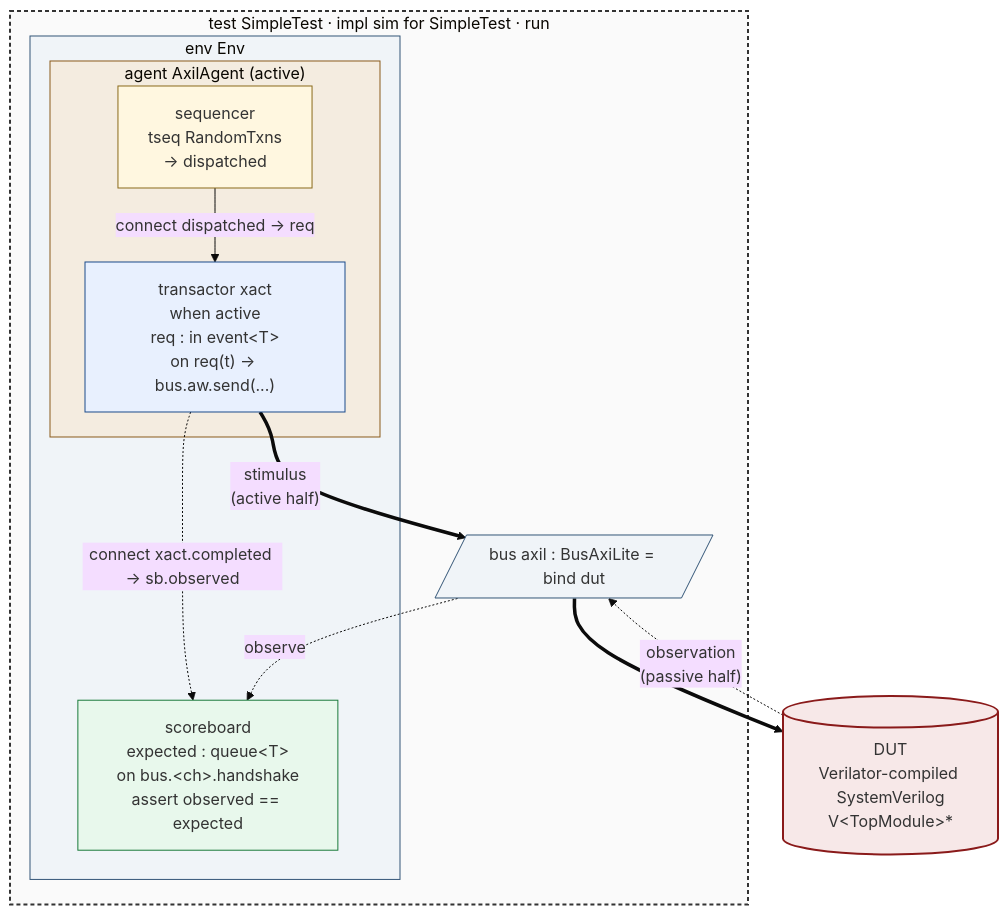
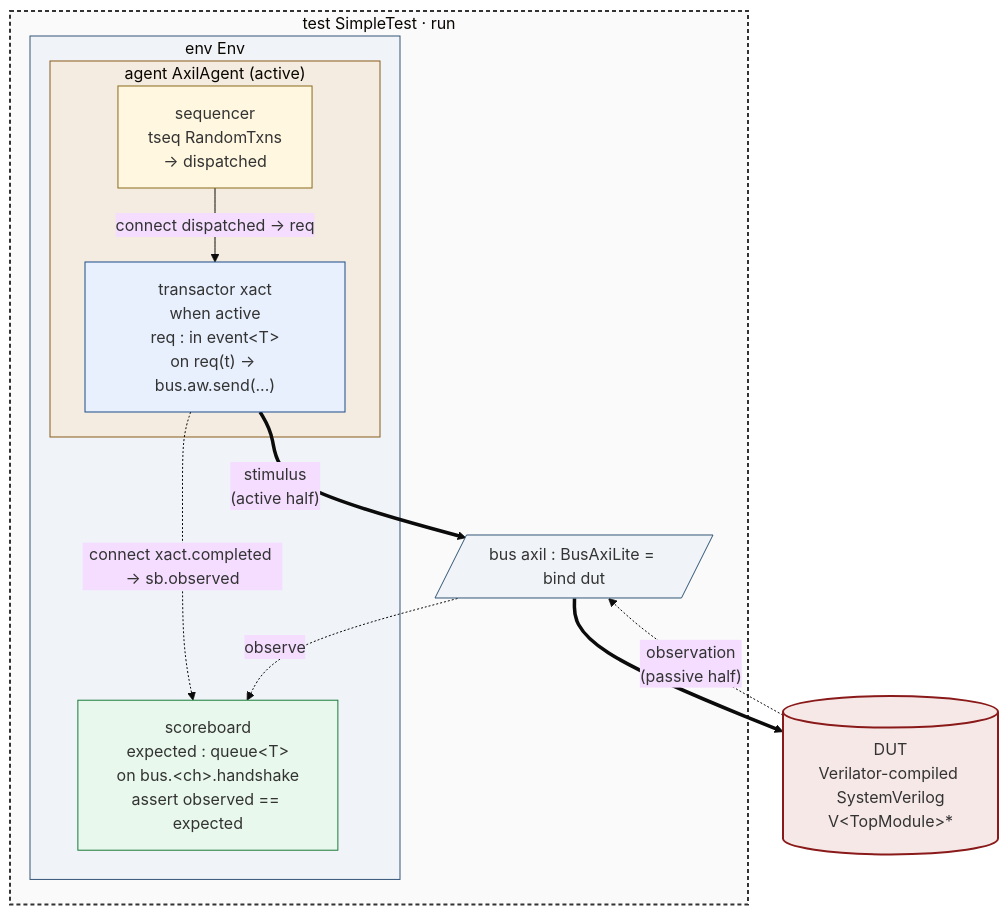
The first of 2 diagrams in spec.md (arch-hdl-lang/harc-com), drawn with Mermaid (base theme) before and after one commit. The commit also changed other lines of this file and 7 other files, not shown here.

````diff
--- a/spec.md
+++ b/spec.md
@@ -1453,39 +1452,39 @@
 ```mermaid
 flowchart TB
-    subgraph Test["test SimpleTest · impl sim for SimpleTest · run"]
+    subgraph Test["test SimpleTest · run"]
         subgraph Env["env Env"]
             subgraph Agent["agent AxilAgent (active)"]
                 Seq["sequencer<br/>tseq RandomTxns<br/>→ dispatched"]
                 Xact["transactor xact<br/>when active<br/>req : in event&lt;T&gt;<br/>on req(t) → bus.aw.send(...)"]
                 Seq -- "connect dispatched → req" --> Xact
             end
             SB["scoreboard<br/>expected : queue&lt;T&gt;<br/>on bus.&lt;ch&gt;.handshake<br/>assert observed == expected"]
             Xact -. "connect xact.completed → sb.observed" .-> SB
         end
         Bus[/"bus axil : BusAxiLite = bind dut"/]
     end
     DUT[("DUT<br/>Verilator-compiled SystemVerilog<br/>V&lt;TopModule&gt;*")]
 
     Xact ==> |"stimulus<br/>(active half)"| Bus
     Bus ==> DUT
     DUT -. "observation<br/>(passive half)" .-> Bus
     Bus -. observe .-> SB
 
     classDef testStyle fill:#fafafa,stroke:#333,stroke-width:2px,stroke-dasharray:4 3;
     classDef envStyle fill:#f0f4f8,stroke:#335577;
     classDef agentStyle fill:#f4ece0,stroke:#8a5a1a;
     classDef seqStyle fill:#fff7e0,stroke:#8a6a1a;
     classDef xactStyle fill:#e8f0fe,stroke:#1a4a8a;
     classDef sbStyle fill:#e8f8ec,stroke:#1a7a3a;
     classDef dutStyle fill:#f7e8e8,stroke:#8a1a1a,stroke-width:2px;
     classDef busStyle fill:#f0f4f8,stroke:#335577;
 
     class Test testStyle;
     class Env envStyle;
     class Agent agentStyle;
     class Seq seqStyle;
     class Xact xactStyle;
     class SB sbStyle;
     class DUT dutStyle;
     class Bus busStyle;
 ```
````
